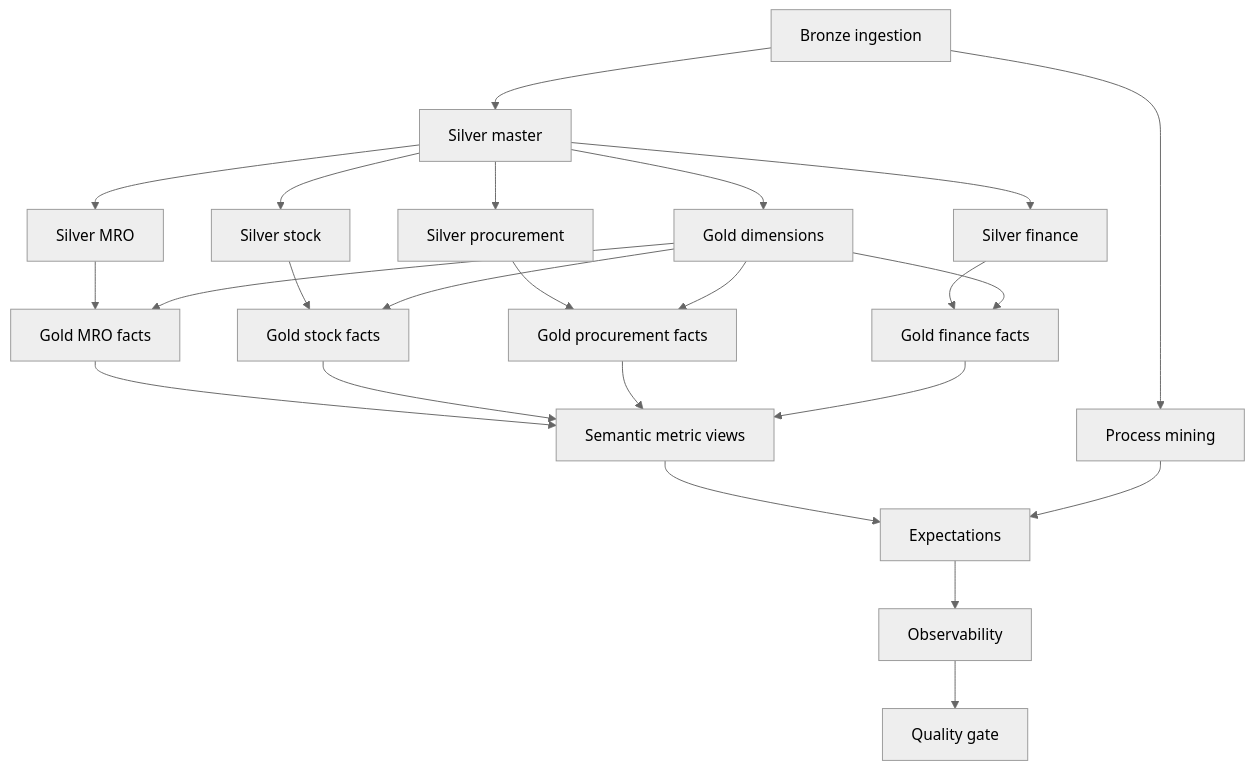
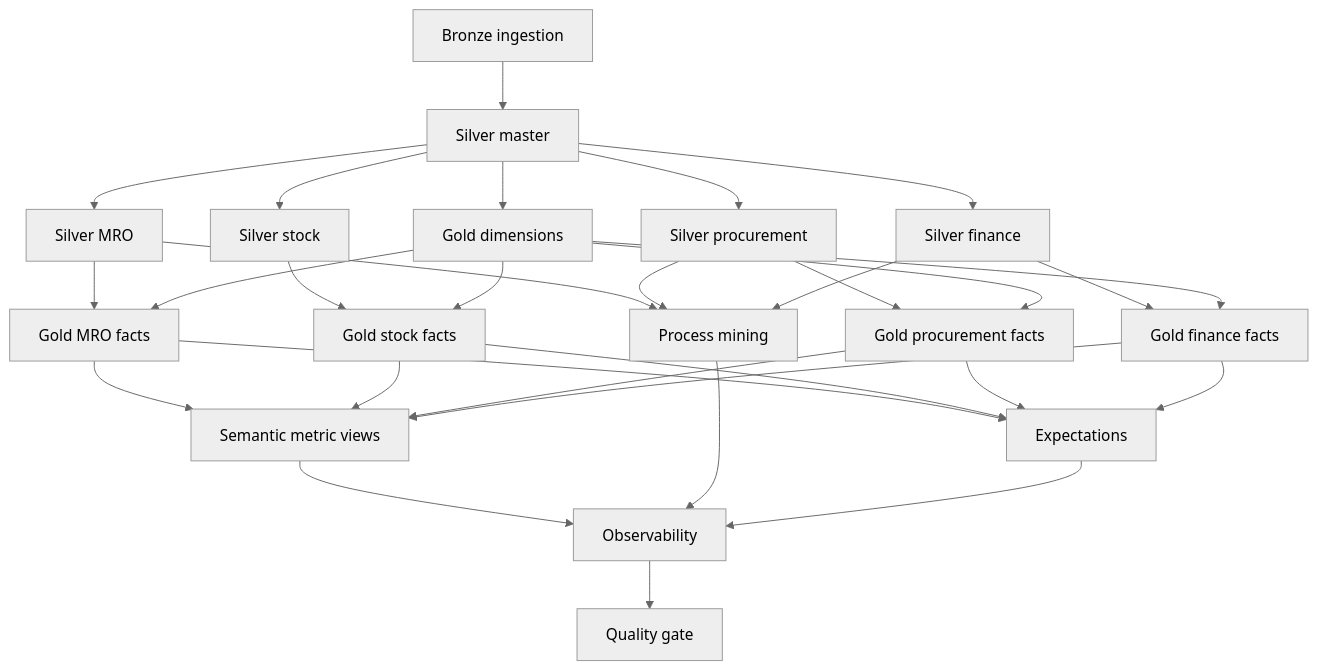
Before and after one commit to brunolnetto/mro-job-as-code: diagram 16 of 21 in README.md, drawn with Mermaid (neutral theme).

Commit message:
docs: fix details boundaries and analytics DAG

````diff
--- a/README.md
+++ b/README.md
@@ -1246,26 +1245,42 @@
 ```mermaid
 graph TD
     B[Bronze ingestion] --> M[Silver master]
+
     M --> SM[Silver MRO]
     M --> SS[Silver stock]
     M --> SP[Silver procurement]
     M --> SF[Silver finance]
     M --> D[Gold dimensions]
+
     SM --> FM[Gold MRO facts]
     D --> FM
+
     SS --> FS[Gold stock facts]
     D --> FS
+
     SP --> FP[Gold procurement facts]
     D --> FP
+
     SF --> FF[Gold finance facts]
     D --> FF
+
     FM --> SEM[Semantic metric views]
     FS --> SEM
     FP --> SEM
     FF --> SEM
-    B --> PM[Process mining]
-    SEM --> EXP[Expectations]
-    PM --> EXP
-    EXP --> OBS[Observability]
+
+    SM --> PM[Process mining]
+    SP --> PM
+    SF --> PM
+
+    FM --> EXP[Expectations]
+    FS --> EXP
+    FP --> EXP
+    FF --> EXP
+
+    SEM --> OBS[Observability]
+    PM --> OBS
+    EXP --> OBS
+
     OBS --> QG[Quality gate]
 ```
````
